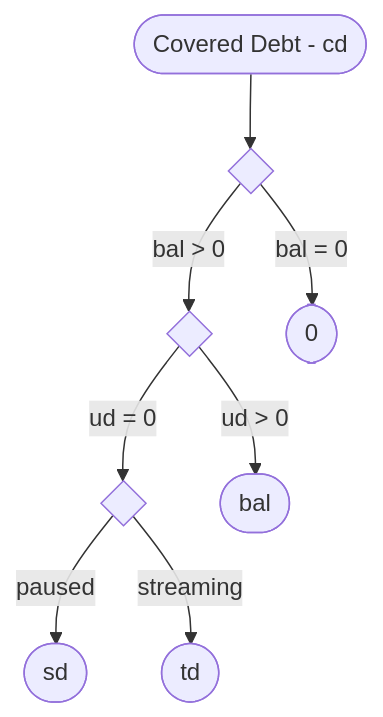
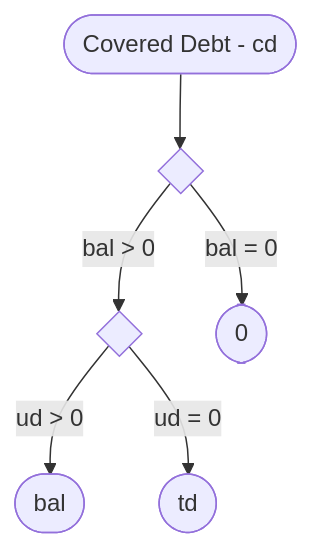
Before and after one commit to sablier-labs/docs: the sixth of 7 diagrams in docs/reference/flow/01-diagrams.md, drawn with Mermaid. The commit also changed other lines of this file and 2 other files, not shown here.

Commit message:
feat: use sequence diagrams

````diff
--- a/docs/reference/flow/01-diagrams.md
+++ b/docs/reference/flow/01-diagrams.md
@@ -84,20 +98,16 @@
 ```mermaid
 flowchart TD
     di0{ }:::blue0
     di1{ }:::blue0
-    di2{ }:::blue0
     cd([Covered Debt - cd])
     res_0([0 ])
     res_bal([bal])
-    res_sd([sd])
     res_sum([td])
 
 
     cd --> di0
     di0 -- "bal = 0" --> res_0
     di0 -- "bal > 0" --> di1
     di1 -- "ud > 0" --> res_bal
-    di1 -- "ud = 0" --> di2
-    di2 -- "paused" --> res_sd
-    di2 -- "streaming" --> res_sum
+    di1 -- "ud = 0" --> res_sum
 ```
````
